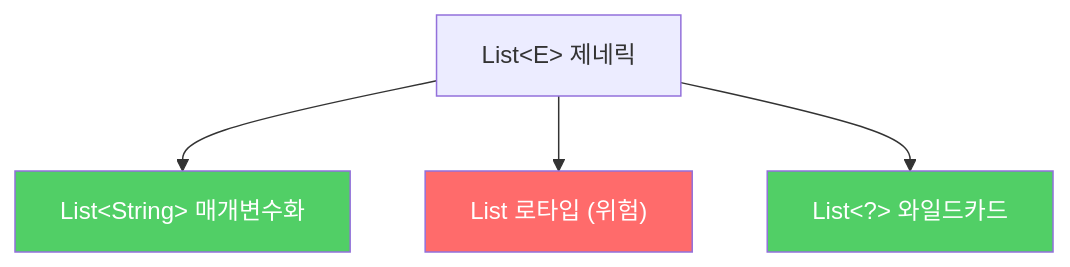
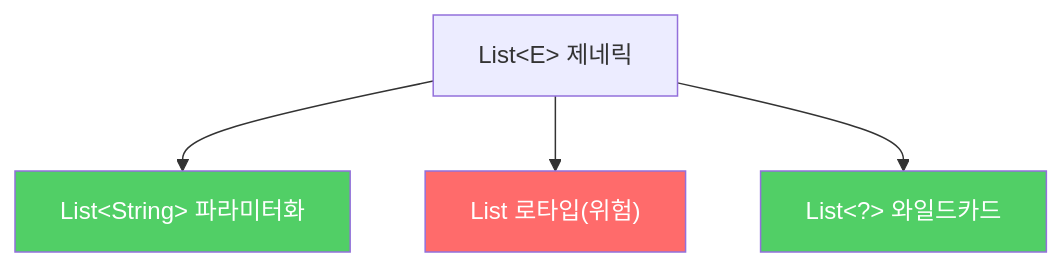
Before and after one commit to yjkim2015/yjkim2015.github.io: the third of 3 diagrams in _posts/java/2022-01-05-effective-java26.md, drawn with Mermaid. The commit also changed 48 other files, not shown here.

First line of the commit message:
Mermaid 최종 47건 수정: participant/노드/줄수/라벨 전부 기준 이하

````diff
--- a/_posts/java/2022-01-05-effective-java26.md
+++ b/_posts/java/2022-01-05-effective-java26.md
@@ -191,9 +191,9 @@
 ```mermaid
 graph TD
-    A["List&lt;E&gt; 제네릭"] --> B["List&lt;String&gt; 매개변수화"]
-    A --> C["List 로타입 (위험)"]
+    A["List&lt;E&gt; 제네릭"] --> B["List&lt;String&gt; 파라미터화"]
+    A --> C["List 로타입(위험)"]
     A --> D["List&lt;?&gt; 와일드카드"]
     style C fill:#ff6b6b,color:#fff
     style B fill:#51cf66,color:#fff
     style D fill:#51cf66,color:#fff
 ```
````
